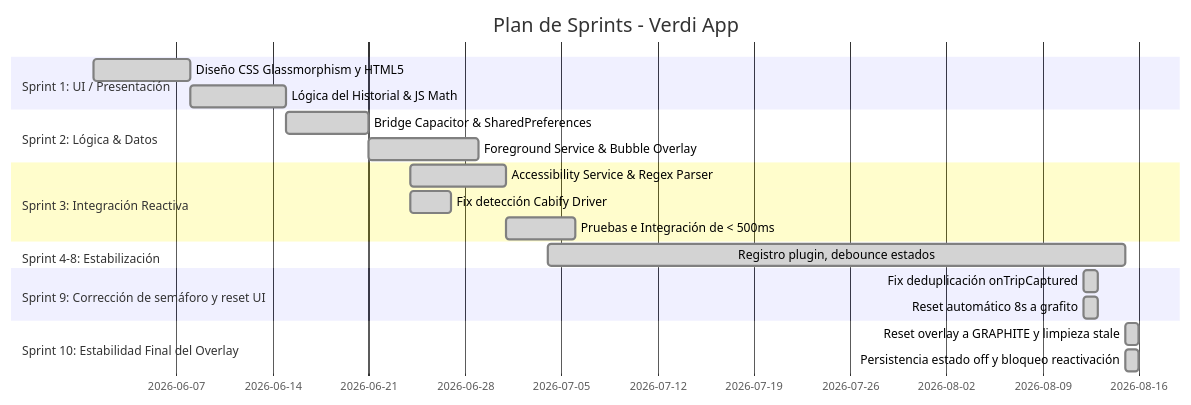
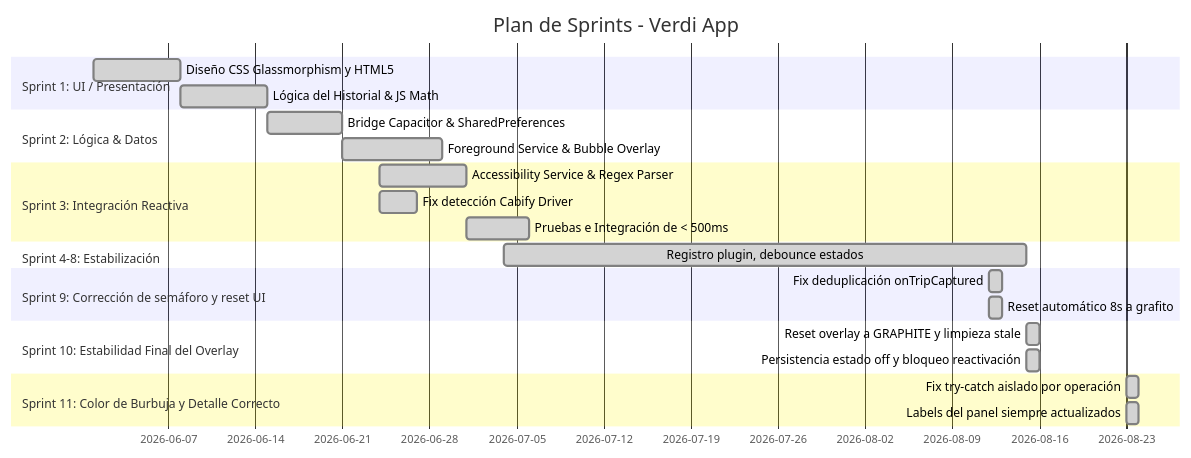
One commit to JorgeFreire95/Verdi changed the second of 2 diagrams in README.md. Above: the diagram before and after it, drawn with Mermaid. The commit also changed other lines of this file and 1 other file, not shown here.

````diff
--- a/README.md
+++ b/README.md
@@ -86,23 +86,26 @@
 ```mermaid
 gantt
     title Plan de Sprints - Verdi App
     dateFormat  YYYY-MM-DD
     section Sprint 1: UI / Presentación
     Diseño CSS Glassmorphism y HTML5    :done, s1, 2026-06-01, 7d
     Lógica del Historial & JS Math      :done, s2, after s1, 7d
     section Sprint 2: Lógica & Datos
     Bridge Capacitor & SharedPreferences :done, s3, 2026-06-15, 6d
     Foreground Service & Bubble Overlay  :done, s4, after s3, 8d
     section Sprint 3: Integración Reactiva
     Accessibility Service & Regex Parser :done, s5, 2026-06-24, 7d
     Fix detección Cabify Driver          :done, s6, 2026-06-24, 3d
     Pruebas e Integración de < 500ms     :done, s7, after s5, 5d
     section Sprint 4-8: Estabilización
     Registro plugin, debounce estados    :done, s8, 2026-07-04, 42d
     section Sprint 9: Corrección de semáforo y reset UI
     Fix deduplicación onTripCaptured     :done, s9, 2026-08-12, 1d
     Reset automático 8s a grafito        :done, s10, 2026-08-12, 1d
     section Sprint 10: Estabilidad Final del Overlay
     Reset overlay a GRAPHITE y limpieza stale :done, s11, 2026-08-15, 1d
     Persistencia estado off y bloqueo reactivación :done, s12, 2026-08-15, 1d
+    section Sprint 11: Color de Burbuja y Detalle Correcto
+    Fix try-catch aislado por operación     :done, s13, 2026-08-23, 1d
+    Labels del panel siempre actualizados   :done, s14, 2026-08-23, 1d
 ```
````
